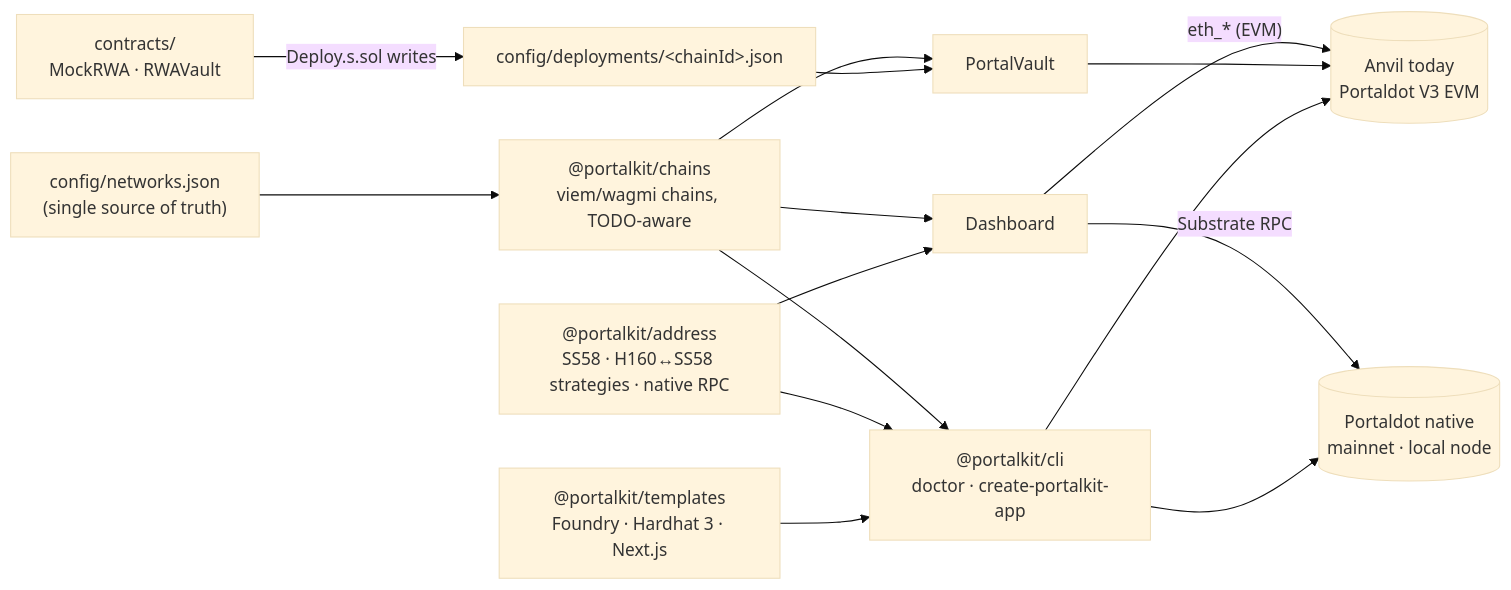
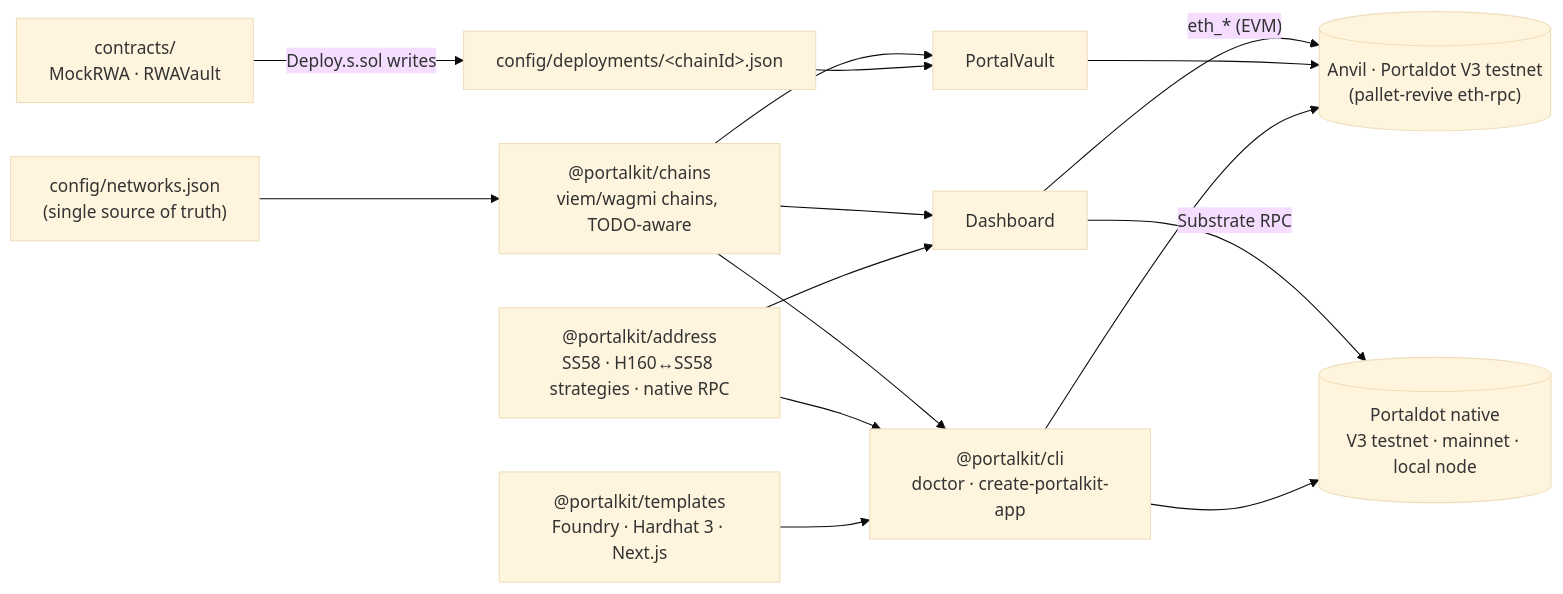
One commit to cris-the-dev/portaldot-hackathon changed the diagram in README.md. Above: the diagram before and after it, drawn with Mermaid (base theme). The commit also changed other lines of this file and 4 other files, not shown here.

Commit message:
docs: V3 testnet live — doctor evidence, findings (18 EVM decimals, solc bytecode accepted)

````diff
--- a/README.md
+++ b/README.md
@@ -82,17 +105,17 @@
 ```mermaid
 flowchart LR
   cfg["config/networks.json<br/>(single source of truth)"] --> chains["@portalkit/chains<br/>viem/wagmi chains, TODO-aware"]
   chains --> cli["@portalkit/cli<br/>doctor · create-portalkit-app"]
   chains --> dash["Dashboard"]
   chains --> vault["PortalVault"]
   addr["@portalkit/address<br/>SS58 · H160↔SS58 strategies · native RPC"] --> cli
   addr --> dash
   tpl["@portalkit/templates<br/>Foundry · Hardhat 3 · Next.js"] --> cli
   contracts["contracts/<br/>MockRWA · RWAVault"] -->|"Deploy.s.sol writes"| dep["config/deployments/&lt;chainId&gt;.json"]
   dep --> vault
-  dash -->|"eth_* (EVM)"| evm[("Anvil today<br/>Portaldot V3 EVM")]
+  dash -->|"eth_* (EVM)"| evm[("Anvil · Portaldot V3 testnet<br/>(pallet-revive eth-rpc)")]
   vault --> evm
   cli --> evm
-  dash -->|"Substrate RPC"| native[("Portaldot native<br/>mainnet · local node")]
+  dash -->|"Substrate RPC"| native[("Portaldot native<br/>V3 testnet · mainnet · local node")]
   cli --> native
 ```
````
